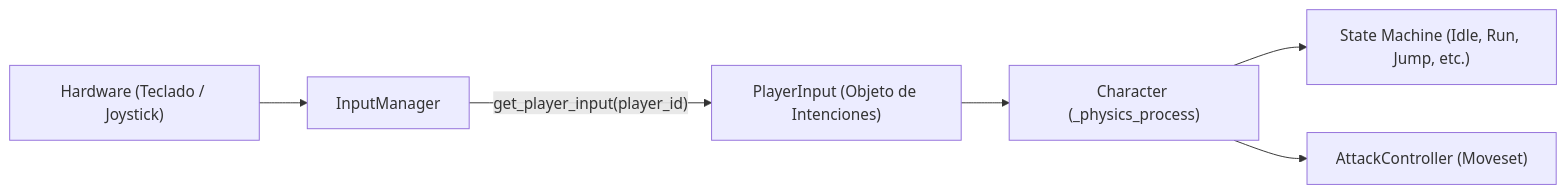
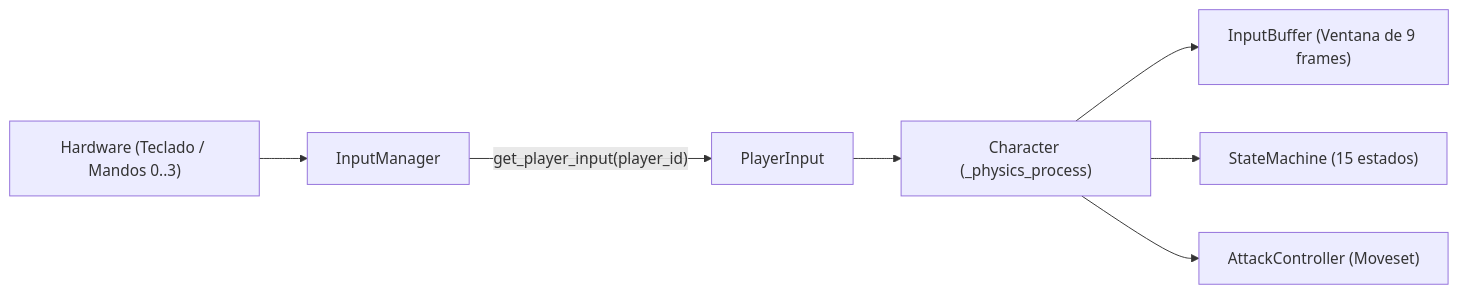
The diagram in smash-en-casa/info/core_player_input.md (Ramires102/Smash-en-casa-SC-), drawn with Mermaid before and after one commit. The commit also changed other lines of this file and 113 other files, not shown here.

````diff
--- a/smash-en-casa/info/core_player_input.md
+++ b/smash-en-casa/info/core_player_input.md
@@ -29,8 +29,9 @@
 ```mermaid
 graph LR
-    HW["Hardware (Teclado / Joystick)"] --> IM["InputManager"]
-    IM -->|"get_player_input(player_id)"| PI["PlayerInput (Objeto de Intenciones)"]
+    HW["Hardware (Teclado / Mandos 0..3)"] --> IM["InputManager"]
+    IM -->|"get_player_input(player_id)"| PI["PlayerInput"]
     PI --> CH["Character (_physics_process)"]
-    CH --> FSM["State Machine (Idle, Run, Jump, etc.)"]
+    CH --> IB["InputBuffer (Ventana de 9 frames)"]
+    CH --> FSM["StateMachine (15 estados)"]
     CH --> AC["AttackController (Moveset)"]
 ```
````
